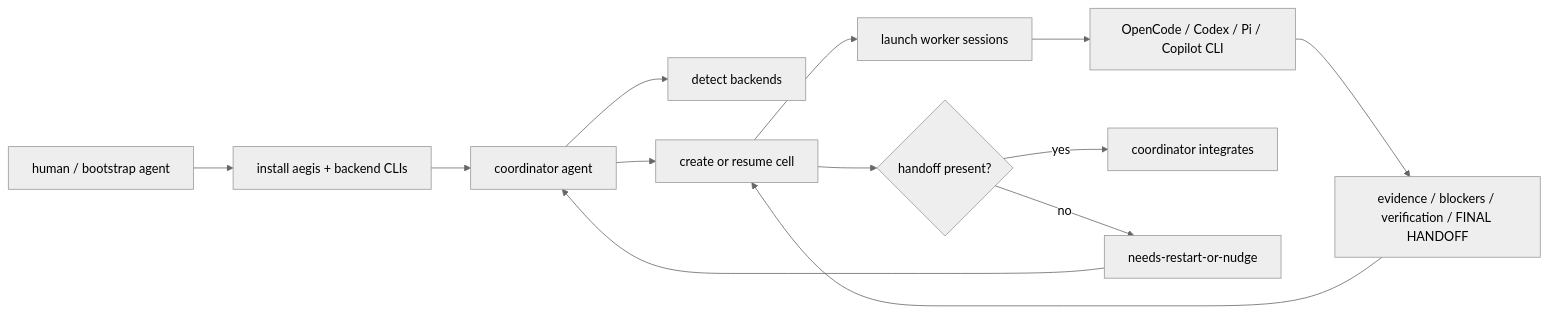
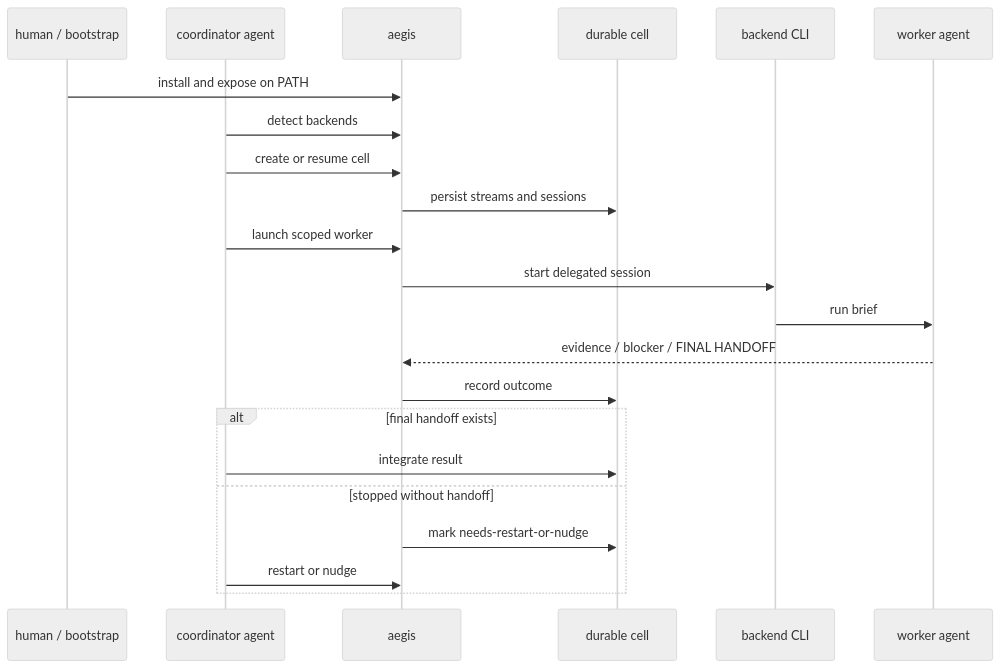
Before and after one commit to mattgenious/aegis: the diagram in README.md, drawn with Mermaid (neutral theme).

Commit message:
Improve README coordination diagram

````diff
--- a/README.md
+++ b/README.md
@@ -33,15 +33,26 @@
 ```mermaid
-flowchart LR
-    Human["human / bootstrap agent"] --> Install["install aegis + backend CLIs"]
-    Install --> Coordinator["coordinator agent"]
-    Coordinator --> Detect["detect backends"]
-    Coordinator --> Cell["create or resume cell"]
-    Cell --> Workers["launch worker sessions"]
-    Workers --> Backends["OpenCode / Codex / Pi / Copilot CLI"]
-    Backends --> Reports["evidence / blockers / verification / FINAL HANDOFF"]
-    Reports --> Cell
-    Cell --> Recover{"handoff present?"}
-    Recover -- yes --> Integrate["coordinator integrates"]
-    Recover -- no --> Nudge["needs-restart-or-nudge"]
-    Nudge --> Coordinator
+sequenceDiagram
+    participant Bootstrap as human / bootstrap
+    participant Coordinator as coordinator agent
+    participant Aegis as aegis
+    participant Cell as durable cell
+    participant Backend as backend CLI
+    participant Worker as worker agent
+
+    Bootstrap->>Aegis: install and expose on PATH
+    Coordinator->>Aegis: detect backends
+    Coordinator->>Aegis: create or resume cell
+    Aegis->>Cell: persist streams and sessions
+    Coordinator->>Aegis: launch scoped worker
+    Aegis->>Backend: start delegated session
+    Backend->>Worker: run brief
+    Worker-->>Aegis: evidence / blocker / FINAL HANDOFF
+    Aegis->>Cell: record outcome
+
+    alt final handoff exists
+        Coordinator->>Cell: integrate result
+    else stopped without handoff
+        Aegis->>Cell: mark needs-restart-or-nudge
+        Coordinator->>Aegis: restart or nudge
+    end
 ```
````
